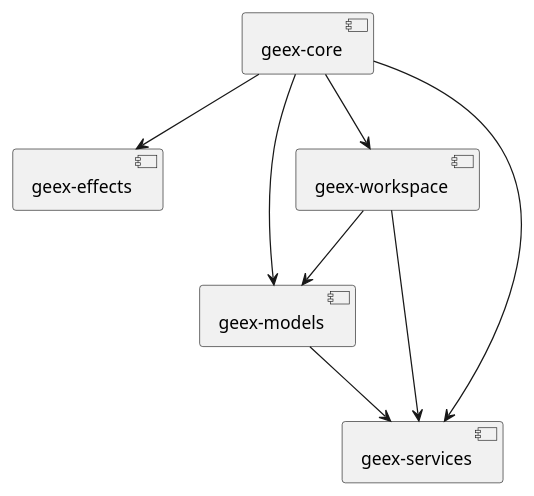
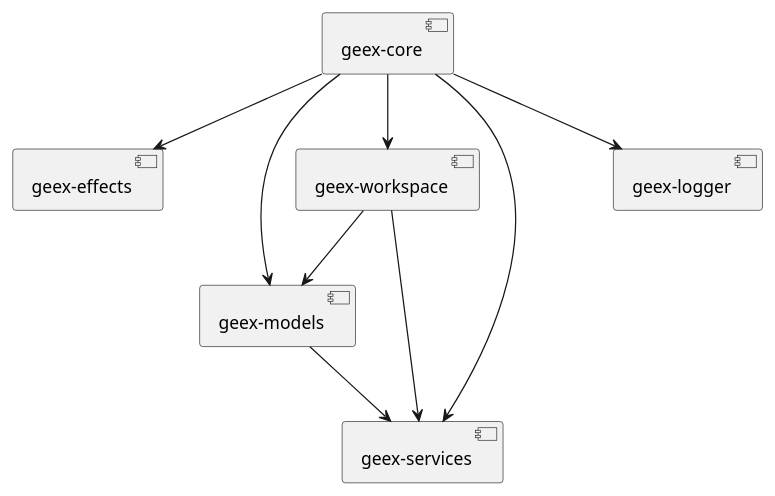
The diagram in src/site/diagrams/modules.puml (ProgrammingLife2015/geex), drawn with PlantUML before and after one commit.

Commit message:
Add geex-logger to modules diagram.

```diff
--- a/src/site/diagrams/modules.puml
+++ b/src/site/diagrams/modules.puml
@@ -1,13 +1,14 @@
 @startuml
 
 [geex-core] --> [geex-effects]
 [geex-core] --> [geex-workspace]
 [geex-core] --> [geex-models]
 [geex-core] --> [geex-services]
+[geex-core] --> [geex-logger]
 
 [geex-models] --> [geex-services]
 
 [geex-workspace] --> [geex-models]
 [geex-workspace] --> [geex-services]
 
 @enduml
```
